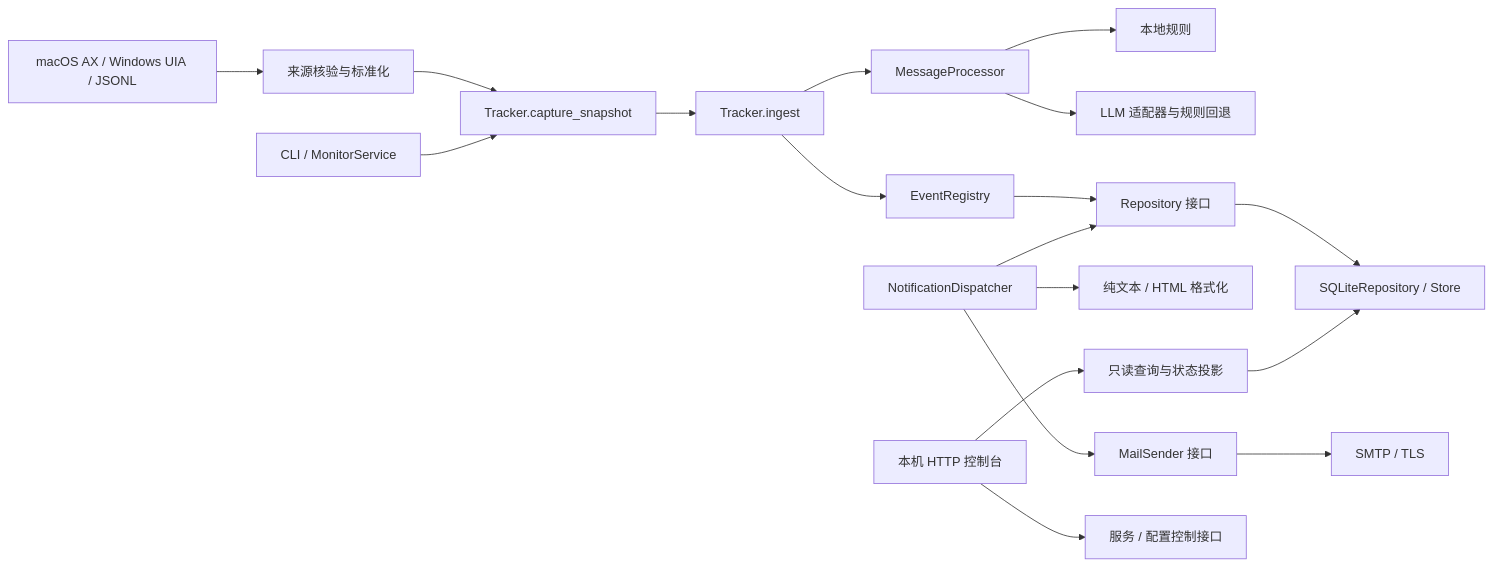
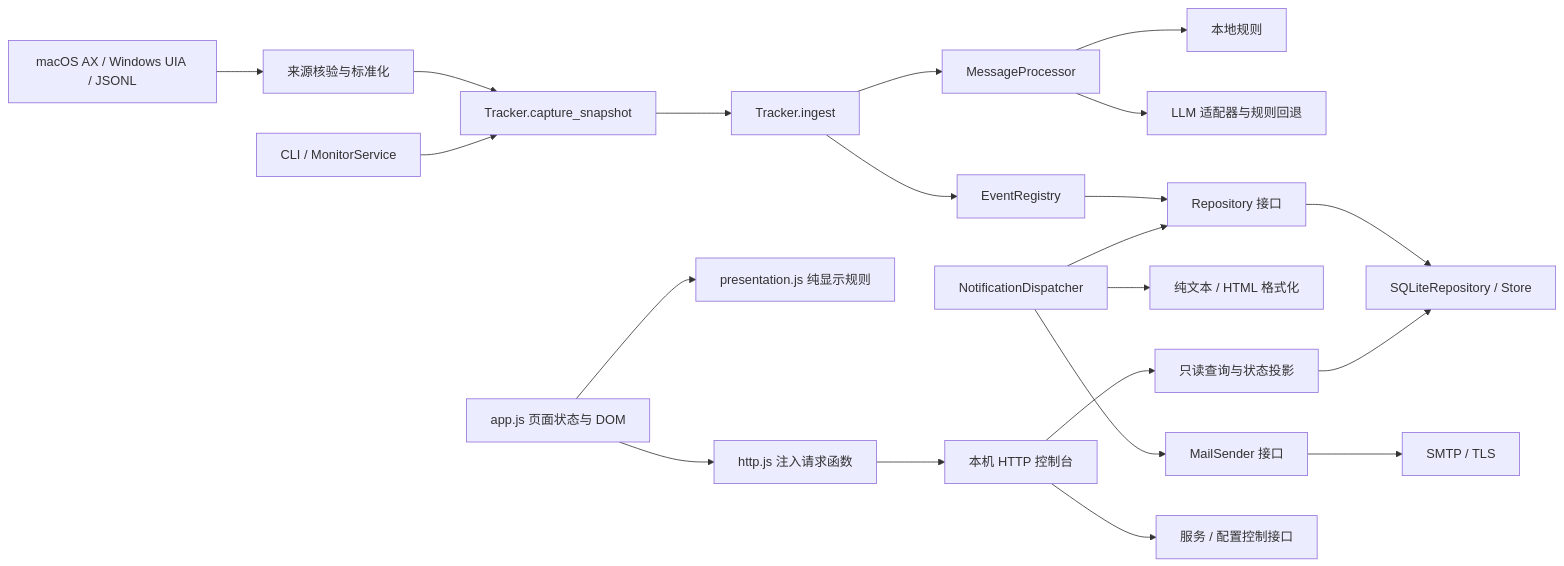
One commit to Fui2311/wechat-window-monitor changed the diagram in docs/architecture.md. Above: the diagram before and after it, drawn with Mermaid. The commit also changed other lines of this file and 20 other files, not shown here.

Commit message:
refactor(console): isolate presentation and HTTP modules with canonical release versions

````diff
--- a/docs/architecture.md
+++ b/docs/architecture.md
@@ -5,20 +5,23 @@
 ```mermaid
 flowchart LR
   AX[macOS AX / Windows UIA / JSONL] --> Normalize[来源核验与标准化]
   Normalize --> Capture[Tracker.capture_snapshot]
   CLI[CLI / MonitorService] --> Capture
   Capture --> Ingest[Tracker.ingest]
   Ingest --> Processor[MessageProcessor]
   Processor --> Rules[本地规则]
   Processor --> LLM[LLM 适配器与规则回退]
   Ingest --> Events[EventRegistry]
   Events --> Repo[Repository 接口]
   Repo --> SQLite[SQLiteRepository / Store]
   Dispatch[NotificationDispatcher] --> Repo
   Dispatch --> Render[纯文本 / HTML 格式化]
   Dispatch --> Sender[MailSender 接口]
   Sender --> SMTP[SMTP / TLS]
-  HTTP[本机 HTTP 控制台] --> Queries[只读查询与状态投影]
+  Browser[app.js 页面状态与 DOM] --> ViewRules[presentation.js 纯显示规则]
+  Browser --> Client[http.js 注入请求函数]
+  Client --> HTTP[本机 HTTP 控制台]
+  HTTP --> Queries[只读查询与状态投影]
   Queries --> SQLite
   HTTP --> Control[服务 / 配置控制接口]
 ```
````
